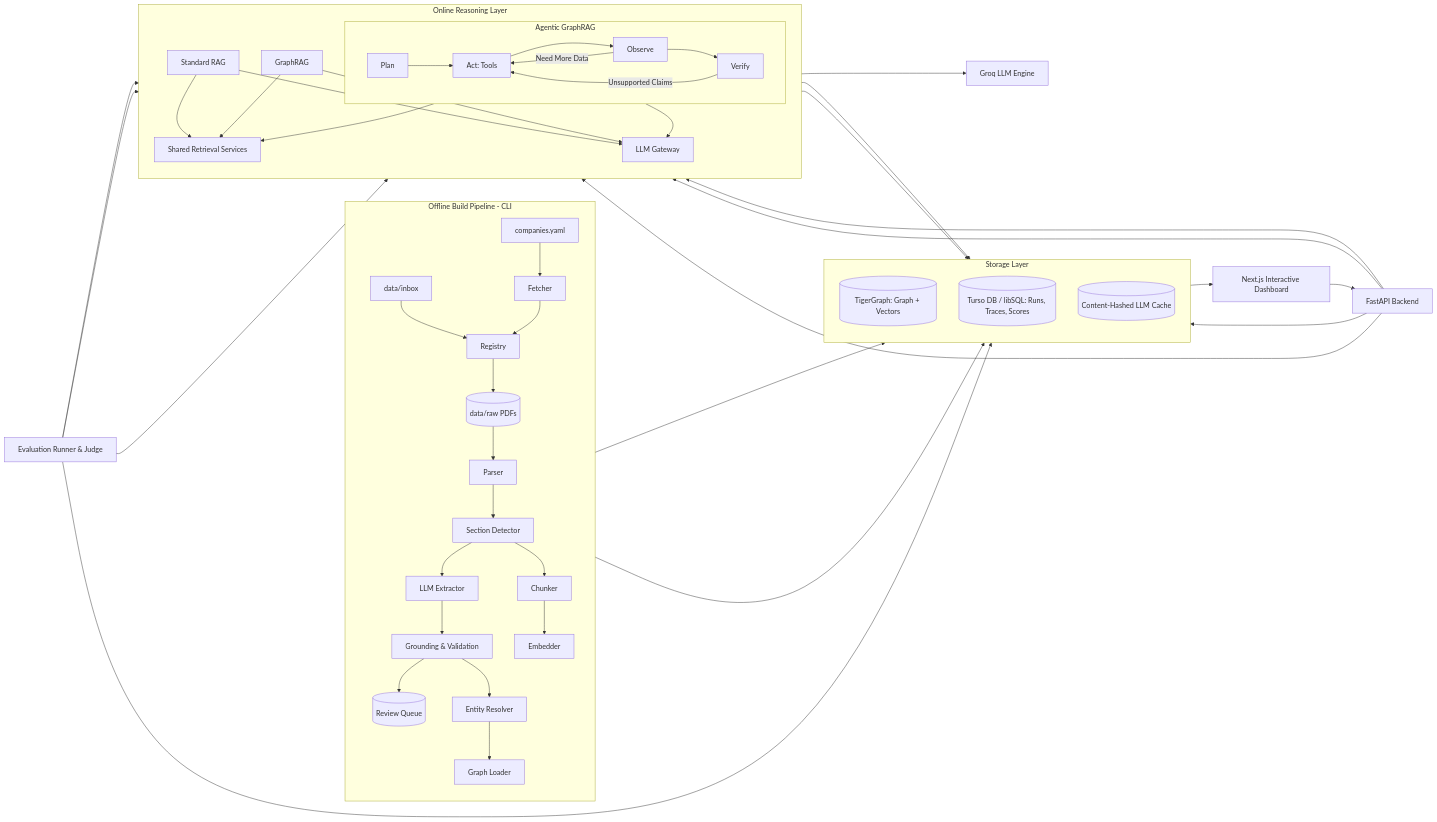
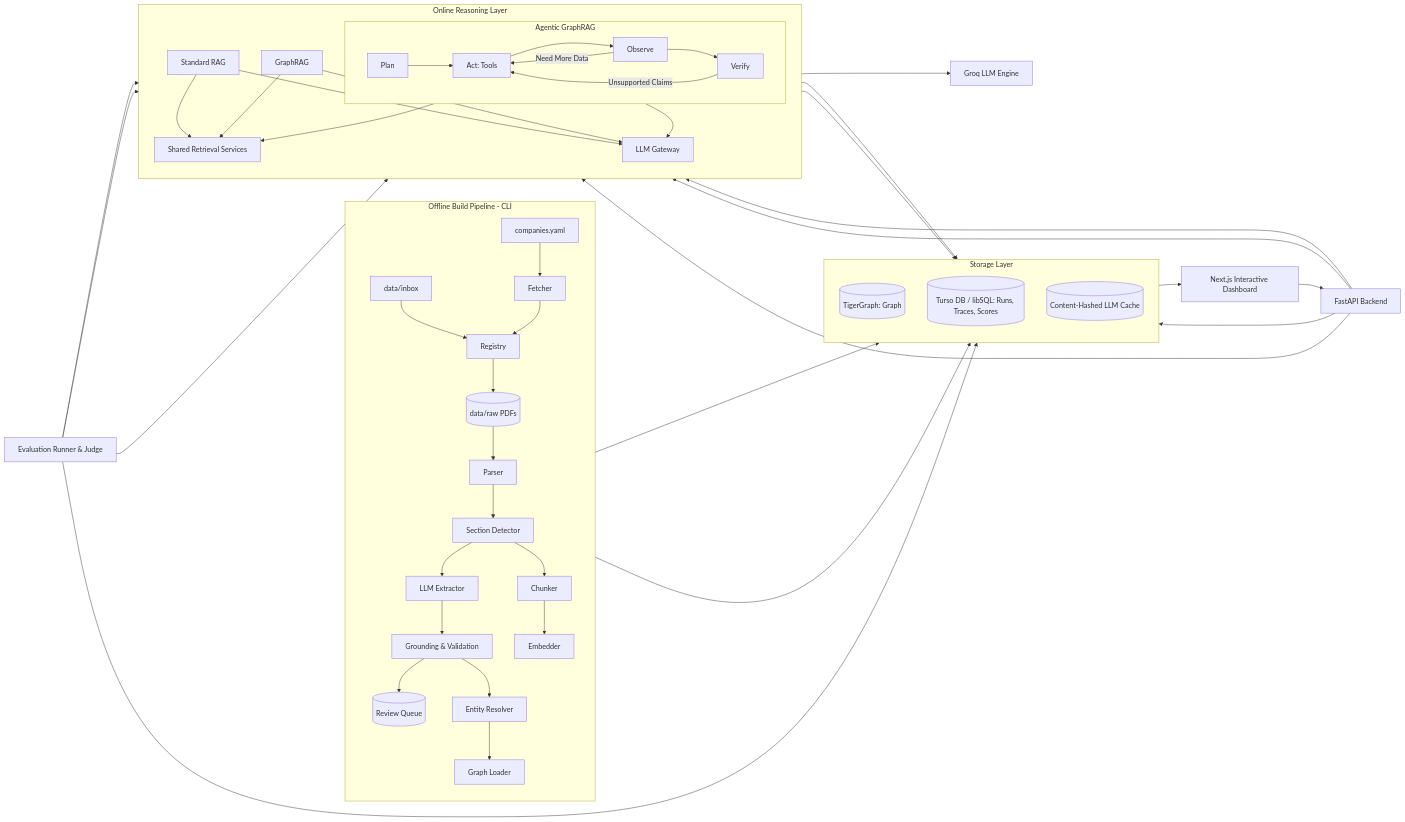
One commit to Tetra4ge/Interlock-TG changed the second of 14 diagrams in README.md. Above: the diagram before and after it, drawn with Mermaid. The commit also changed other lines of this file, not shown here.

First line of the commit message:
docs: expand README with detailed sections and mermaid diagrams

````diff
--- a/README.md
+++ b/README.md
@@ -73,63 +117,63 @@
 ```mermaid
 flowchart LR
     subgraph OFF[Offline Build Pipeline - CLI]
         direction TB
         CFG[companies.yaml] --> F[Fetcher]
         IN[data/inbox] --> REG[Registry]
         F --> REG
         REG --> RAW[(data/raw PDFs)]
         RAW --> P[Parser]
         P --> S[Section Detector]
         S --> CH[Chunker]
         S --> X[LLM Extractor]
         X --> G[Grounding & Validation]
         G --> RQ[(Review Queue)]
         G --> RES[Entity Resolver]
         RES --> L[Graph Loader]
         CH --> E[Embedder]
     end
 
     subgraph STORE[Storage Layer]
         direction TB
-        TG[(TigerGraph: Graph + Vectors)]
+        TG[(TigerGraph: Graph)]
         SQL[(Turso DB / libSQL: Runs, Traces, Scores)]
         CACHE[(Content-Hashed LLM Cache)]
     end
 
     subgraph ON[Online Reasoning Layer]
         direction TB
         RET[Shared Retrieval Services]
         RAG[Standard RAG]
         GR[GraphRAG]
         subgraph AGENT[Agentic GraphRAG]
             direction LR
             PL[Plan] --> AC[Act: Tools] --> OB[Observe] --> VF[Verify]
             OB -->|Need More Data| AC
             VF -->|Unsupported Claims| AC
         end
         RAG --> RET
         GR --> RET
         AGENT --> RET
         GW[LLM Gateway]
         RAG --> GW
         GR --> GW
         AGENT --> GW
     end
 
     L --> TG
     E --> TG
     RET --> TG
     GW --> CACHE
     GW --> LLM[Groq LLM Engine]
 
     EVAL[Evaluation Runner & Judge] --> RAG
     EVAL --> GR
     EVAL --> AGENT
     EVAL --> SQL
     API[FastAPI Backend] --> RAG
     API --> GR
     API --> AGENT
     API --> SQL
     DASH[Next.js Interactive Dashboard] --> API
     SQL --> DASH
 ```
````
